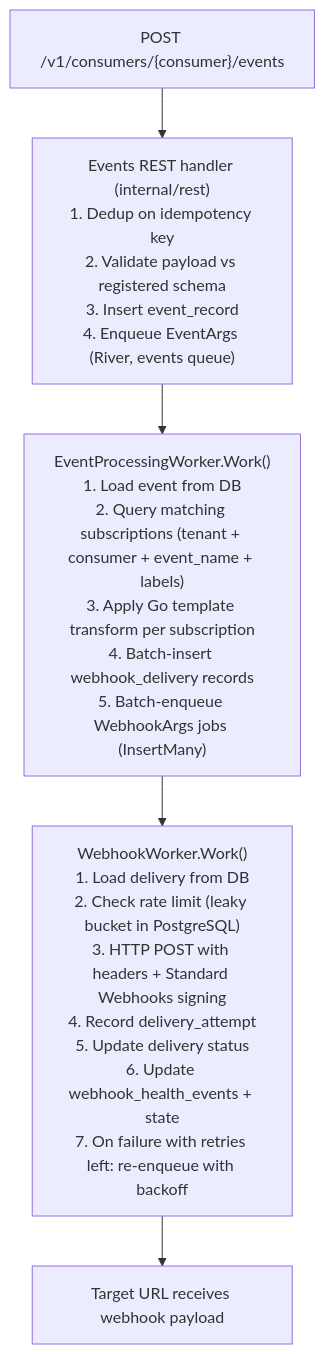
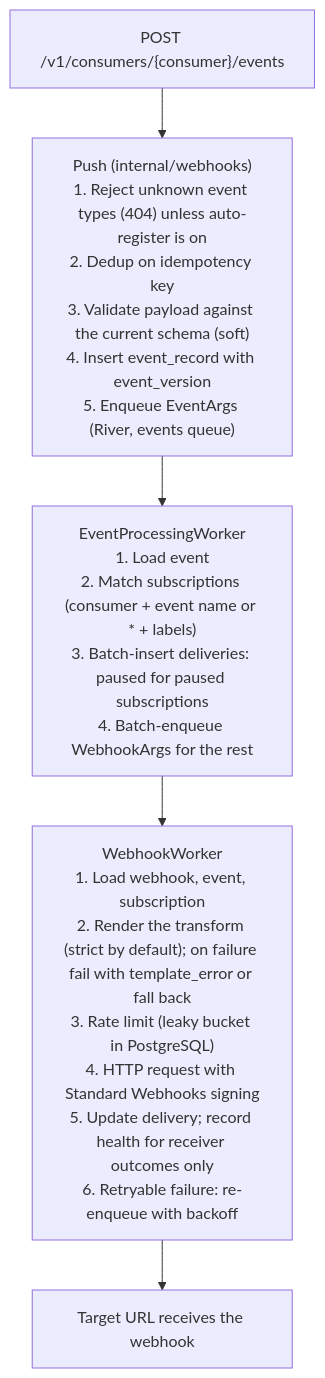
The diagram in docs/src/assets/diagrams/event-processing-pipeline.mmd (sarathsp06/sparrow), drawn with Mermaid before and after one commit. The commit also changed 37 other files, not shown here.

```diff
--- a/docs/src/assets/diagrams/event-processing-pipeline.mmd
+++ b/docs/src/assets/diagrams/event-processing-pipeline.mmd
@@ -1,5 +1,5 @@
 flowchart TD
     IN["POST /v1/consumers/{consumer}/events"] --> H
-    H["Events REST handler (internal/rest)<br>1. Dedup on idempotency key<br>2. Validate payload vs registered schema<br>3. Insert event_record<br>4. Enqueue EventArgs (River, events queue)"] --> EW
-    EW["EventProcessingWorker.Work()<br>1. Load event from DB<br>2. Query matching subscriptions (tenant + consumer + event_name + labels)<br>3. Apply Go template transform per subscription<br>4. Batch-insert webhook_delivery records<br>5. Batch-enqueue WebhookArgs jobs (InsertMany)"] --> WW
-    WW["WebhookWorker.Work()<br>1. Load delivery from DB<br>2. Check rate limit (leaky bucket in PostgreSQL)<br>3. HTTP POST with headers + Standard Webhooks signing<br>4. Record delivery_attempt<br>5. Update delivery status<br>6. Update webhook_health_events + state<br>7. On failure with retries left: re-enqueue with backoff"] --> T[Target URL receives webhook payload]
+    H["Push (internal/webhooks)<br>1. Reject unknown event types (404) unless auto-register is on<br>2. Dedup on idempotency key<br>3. Validate payload against the current schema (soft)<br>4. Insert event_record with event_version<br>5. Enqueue EventArgs (River, events queue)"] --> EW
+    EW["EventProcessingWorker<br>1. Load event<br>2. Match subscriptions (consumer + event name or * + labels)<br>3. Batch-insert deliveries: paused for paused subscriptions<br>4. Batch-enqueue WebhookArgs for the rest"] --> WW
+    WW["WebhookWorker<br>1. Load webhook, event, subscription<br>2. Render the transform (strict by default); on failure fail with template_error or fall back<br>3. Rate limit (leaky bucket in PostgreSQL)<br>4. HTTP request with Standard Webhooks signing<br>5. Update delivery; record health for receiver outcomes only<br>6. Retryable failure: re-enqueue with backoff"] --> T[Target URL receives the webhook]
```
